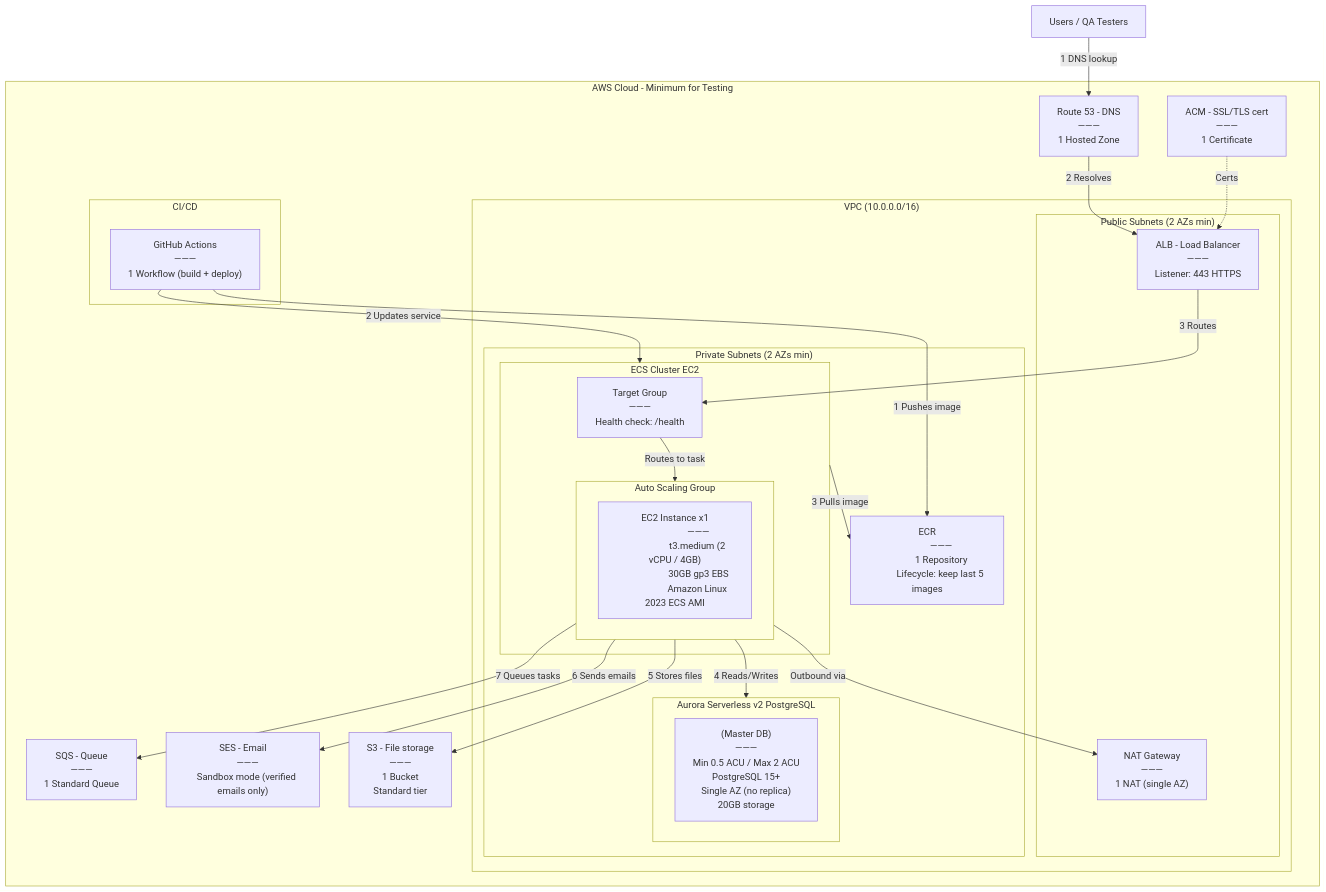
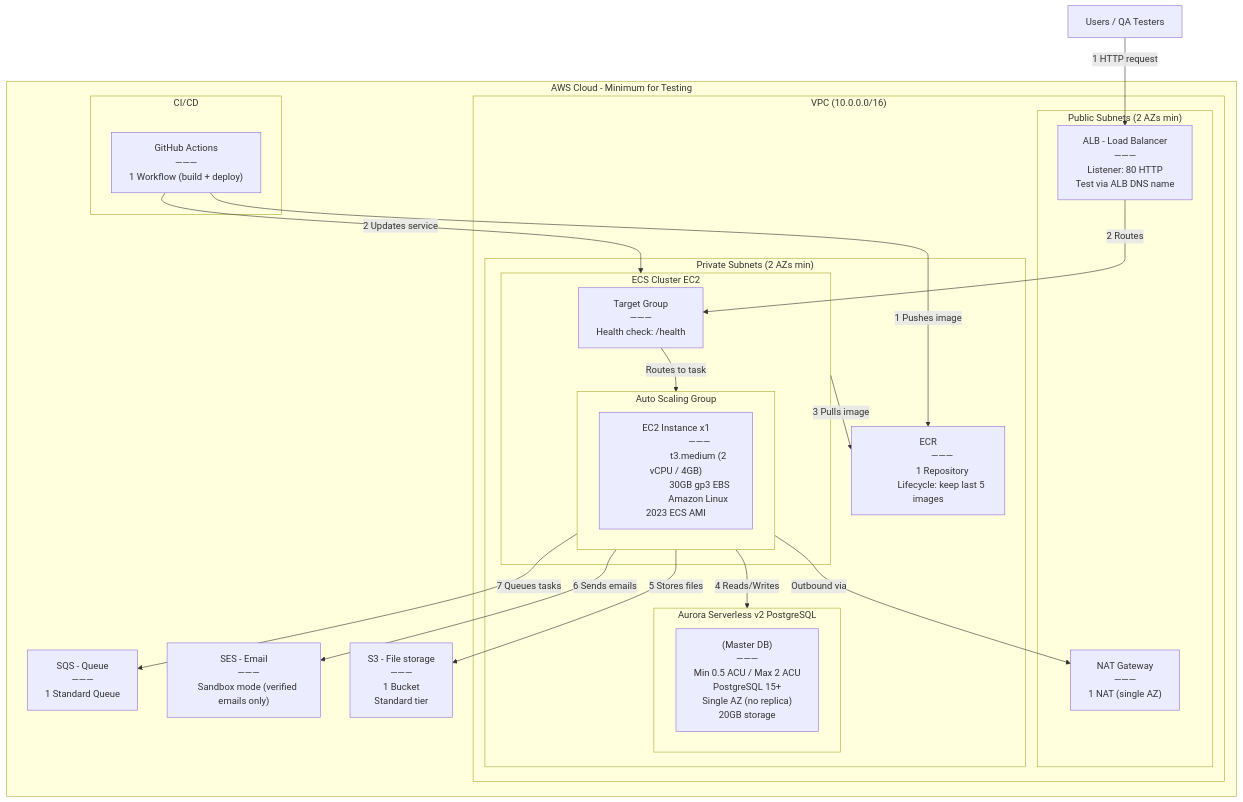
The diagram in minimu.md (samir19406/test1), drawn with Mermaid before and after one commit. The commit also changed other lines of this file, not shown here.

```diff
--- a/minimu.md
+++ b/minimu.md
@@ -5,19 +5,15 @@
 
 subgraph AWS_Cloud[AWS Cloud - Minimum for Testing]
 
-    Route53["Route 53 - DNS
-    ———
-    1 Hosted Zone"]
-    ACM["ACM - SSL/TLS cert
-    ———
-    1 Certificate"]
+
 
     subgraph VPC["VPC (10.0.0.0/16)"]
 
         subgraph Public_Subnets["Public Subnets (2 AZs min)"]
             ALB["ALB - Load Balancer
             ———
-            Listener: 443 HTTPS"]
+            Listener: 80 HTTP
+            Test via ALB DNS name"]
             NAT["NAT Gateway
             ———
             1 NAT (single AZ)"]
@@ -76,10 +72,8 @@
 end
 
 %% Request Flow
-User -- "1 DNS lookup" --> Route53
-Route53 -- "2 Resolves" --> ALB
-ACM -. Certs .-> ALB
-ALB -- "3 Routes" --> TG
+User -- "1 HTTP request" --> ALB
+ALB -- "2 Routes" --> TG
 TG -- "Routes to task" --> ASG
 ASG -- Outbound via --> NAT
 
```
